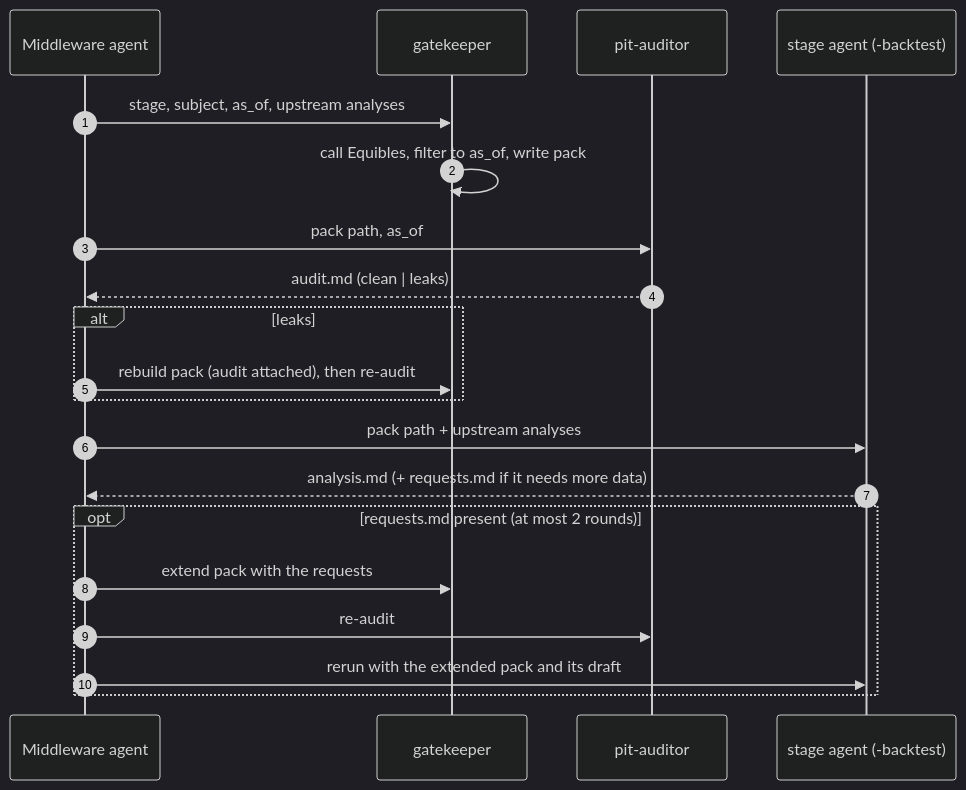
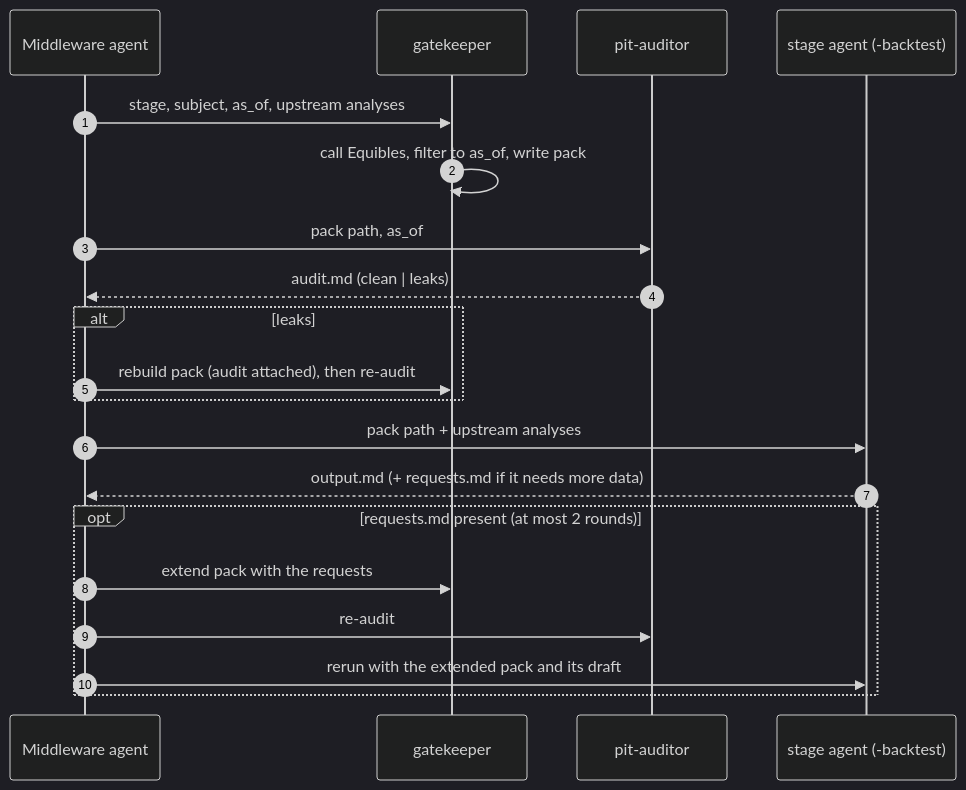
Before and after one commit to ashakir11-dev/trading-platform: the second of 2 diagrams in docs/prompt-subagents-design.md, drawn with Mermaid (dark theme). The commit also changed other lines of this file and 8 other files, not shown here.

````diff
--- a/docs/prompt-subagents-design.md
+++ b/docs/prompt-subagents-design.md
@@ -340,22 +340,22 @@
 ```mermaid
 sequenceDiagram
     autonumber
     participant MW as Middleware agent
     participant GK as gatekeeper
     participant AU as pit-auditor
     participant ST as stage agent (-backtest)
     MW->>GK: stage, subject, as_of, upstream analyses
     GK->>GK: call Equibles, filter to as_of, write pack
     MW->>AU: pack path, as_of
     AU-->>MW: audit.md (clean | leaks)
     alt leaks
         MW->>GK: rebuild pack (audit attached), then re-audit
     end
     MW->>ST: pack path + upstream analyses
-    ST-->>MW: analysis.md (+ requests.md if it needs more data)
+    ST-->>MW: output.md (+ requests.md if it needs more data)
     opt requests.md present (at most 2 rounds)
         MW->>GK: extend pack with the requests
         MW->>AU: re-audit
         MW->>ST: rerun with the extended pack and its draft
     end
 ```
````
